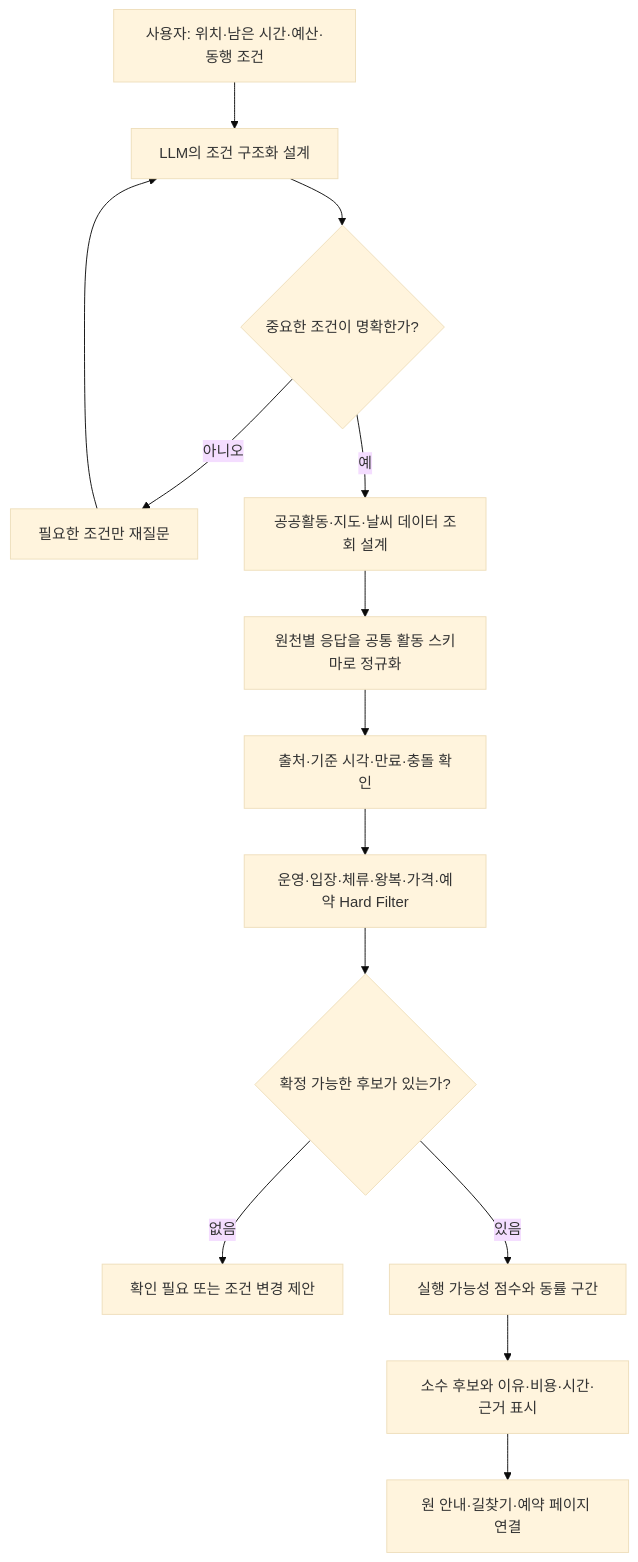
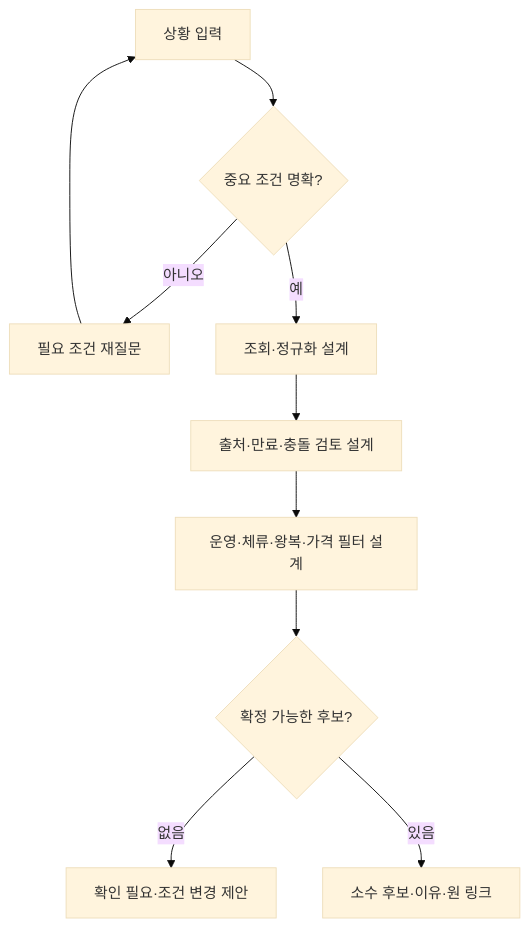
Before and after one commit to Engineer3rd-Class-Kimmin/CultureNow: the third of 3 diagrams in README.md, drawn with Mermaid (base theme). The commit also changed other lines of this file and 2 other files, not shown here.

Commit message:
docs: explain project flow and verification evidence (ai-assisted)

````diff
--- a/README.md
+++ b/README.md
@@ -15,16 +63,9 @@
 ```mermaid
-flowchart TD
-    A["사용자: 위치·남은 시간·예산·동행 조건"] --> B["LLM의 조건 구조화 설계"]
-    B --> C{"중요한 조건이 명확한가?"}
-    C -->|아니오| D["필요한 조건만 재질문"]
-    D --> B
-    C -->|예| E["공공활동·지도·날씨 데이터 조회 설계"]
-    E --> F["원천별 응답을 공통 활동 스키마로 정규화"]
-    F --> G["출처·기준 시각·만료·충돌 확인"]
-    G --> H["운영·입장·체류·왕복·가격·예약 Hard Filter"]
-    H --> I{"확정 가능한 후보가 있는가?"}
-    I -->|없음| J["확인 필요 또는 조건 변경 제안"]
-    I -->|있음| K["실행 가능성 점수와 동률 구간"]
-    K --> L["소수 후보와 이유·비용·시간·근거 표시"]
-    L --> M["원 안내·길찾기·예약 페이지 연결"]
+flowchart TB
+ A["상황 입력"] --> B{"중요 조건 명확?"}
+ B -->|아니오| Q["필요 조건 재질문"] --> A
+ B -->|예| C["조회·정규화 설계"] --> D["출처·만료·충돌 검토 설계"] --> E["운영·체류·왕복·가격 필터 설계"]
+ E --> F{"확정 가능한 후보?"}
+ F -->|없음| X["확인 필요·조건 변경 제안"]
+ F -->|있음| G["소수 후보·이유·원 링크"]
 ```
````
